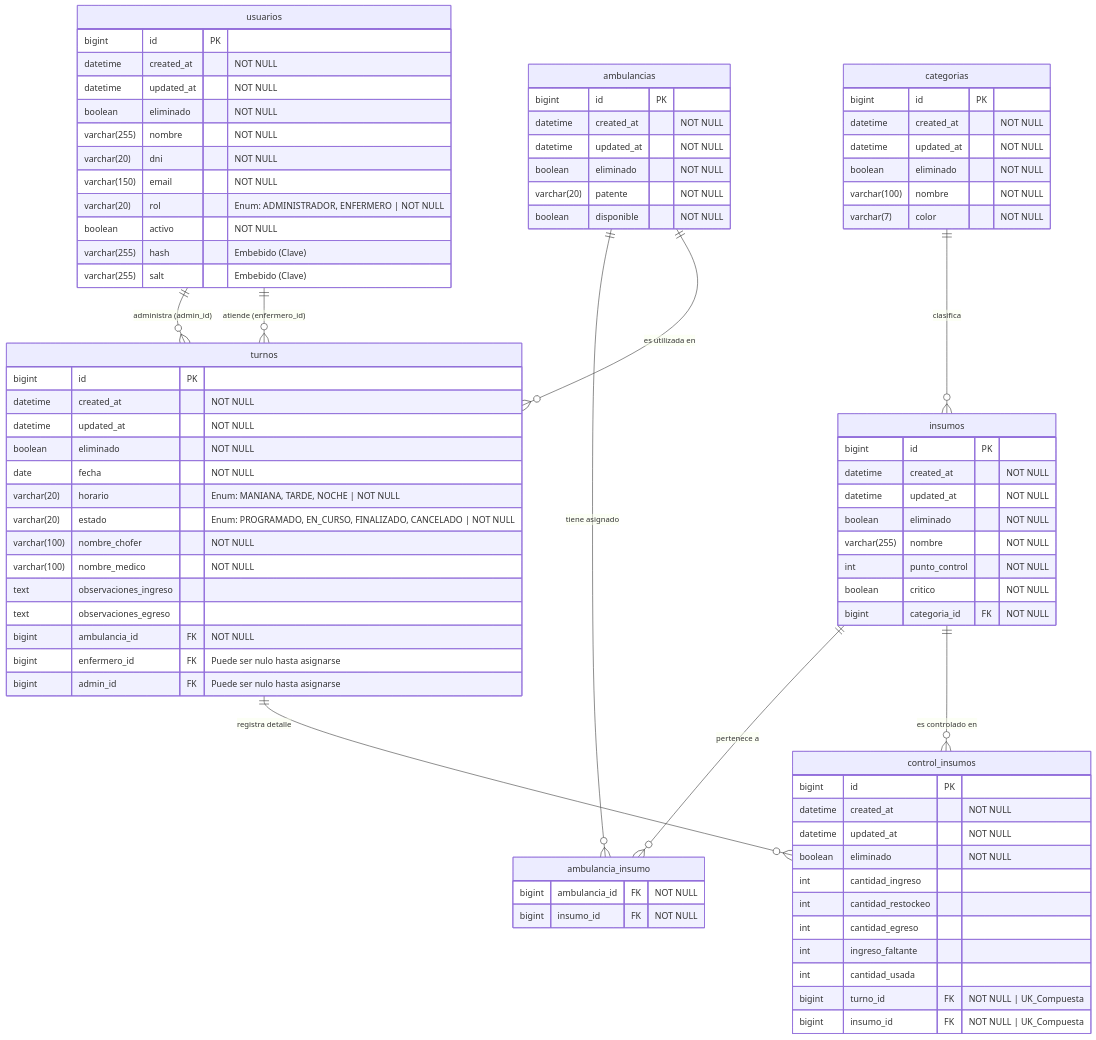
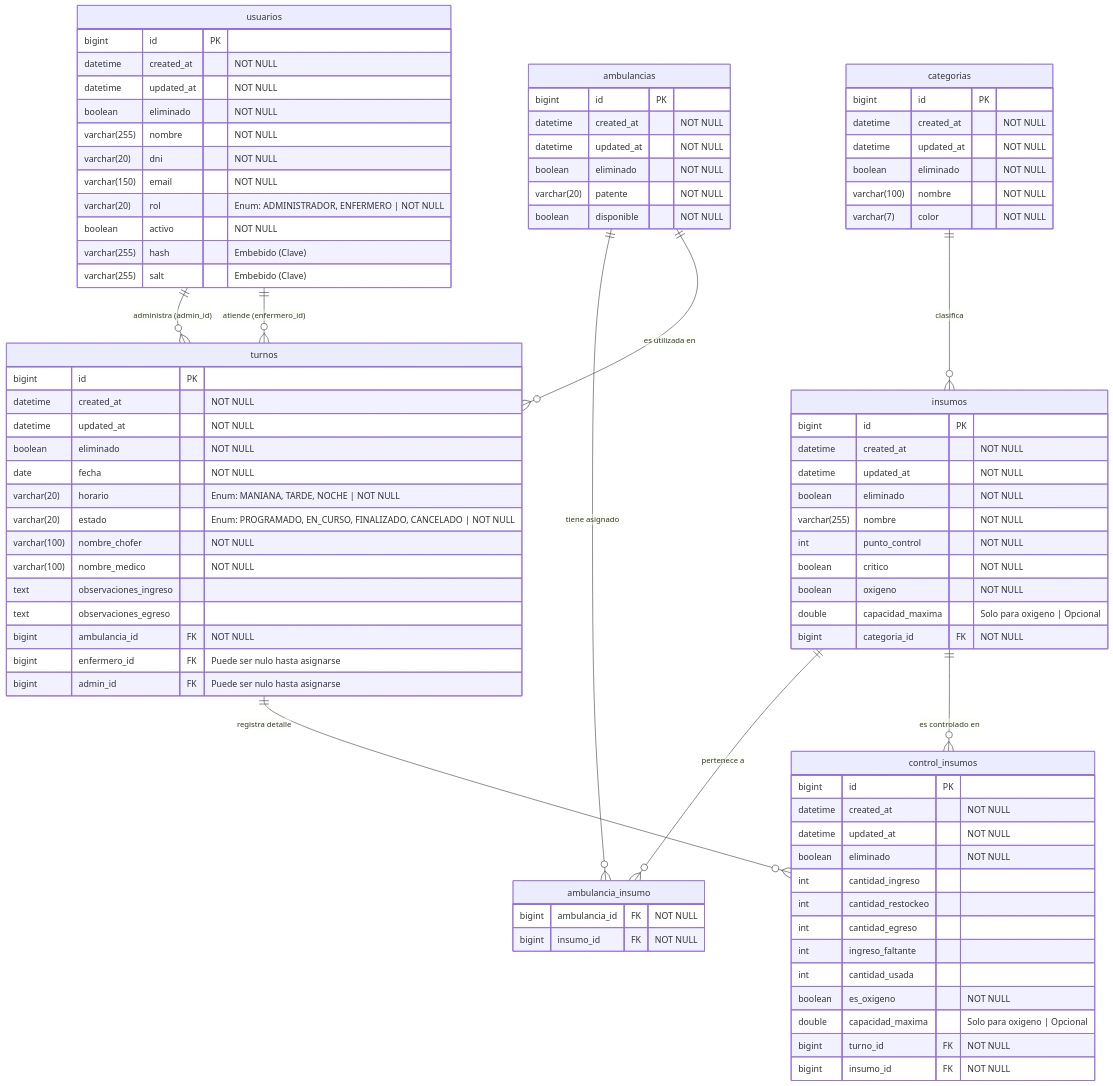
The diagram in docs/DER.md (andresbonelli/UTN-TUPaD-TFI), drawn with Mermaid before and after one commit. The commit also changed 1 other file, not shown here.

Commit message:
actualizar docs db

```diff
--- a/docs/DER.md
+++ b/docs/DER.md
@@ -42,6 +42,8 @@
         varchar(255) nombre "NOT NULL"
         int punto_control "NOT NULL"
         boolean critico "NOT NULL"
+        boolean oxigeno "NOT NULL"
+        double capacidad_maxima "Solo para oxigeno | Opcional"
         bigint categoria_id FK "NOT NULL"
     }
 
@@ -77,8 +79,10 @@
         int cantidad_egreso
         int ingreso_faltante
         int cantidad_usada
-        bigint turno_id FK "NOT NULL | UK_Compuesta"
-        bigint insumo_id FK "NOT NULL | UK_Compuesta"
+        boolean es_oxigeno "NOT NULL"
+        double capacidad_maxima "Solo para oxigeno | Opcional"
+        bigint turno_id FK "NOT NULL"
+        bigint insumo_id FK "NOT NULL"
     }
 
     %% ========================================================================
```
